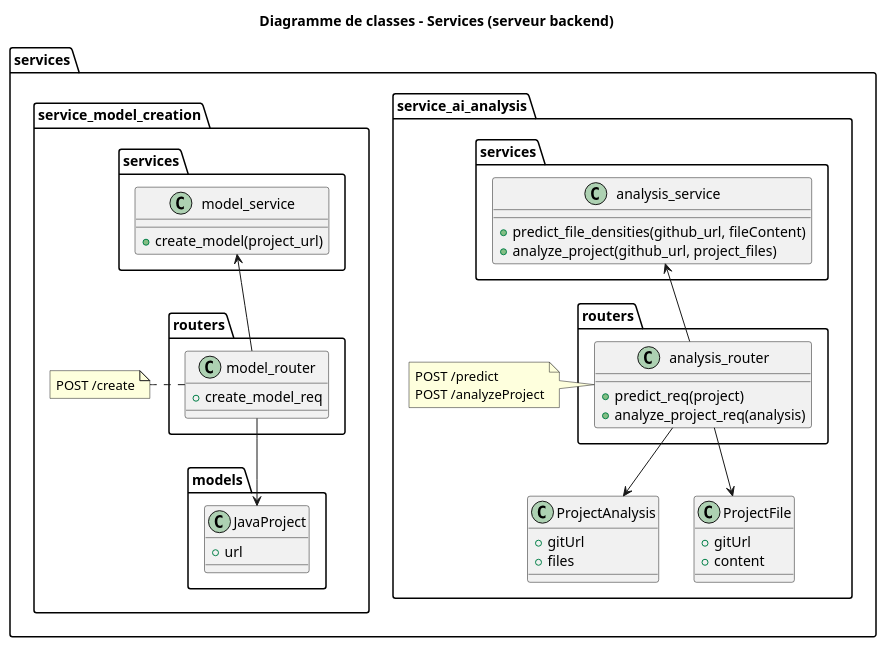
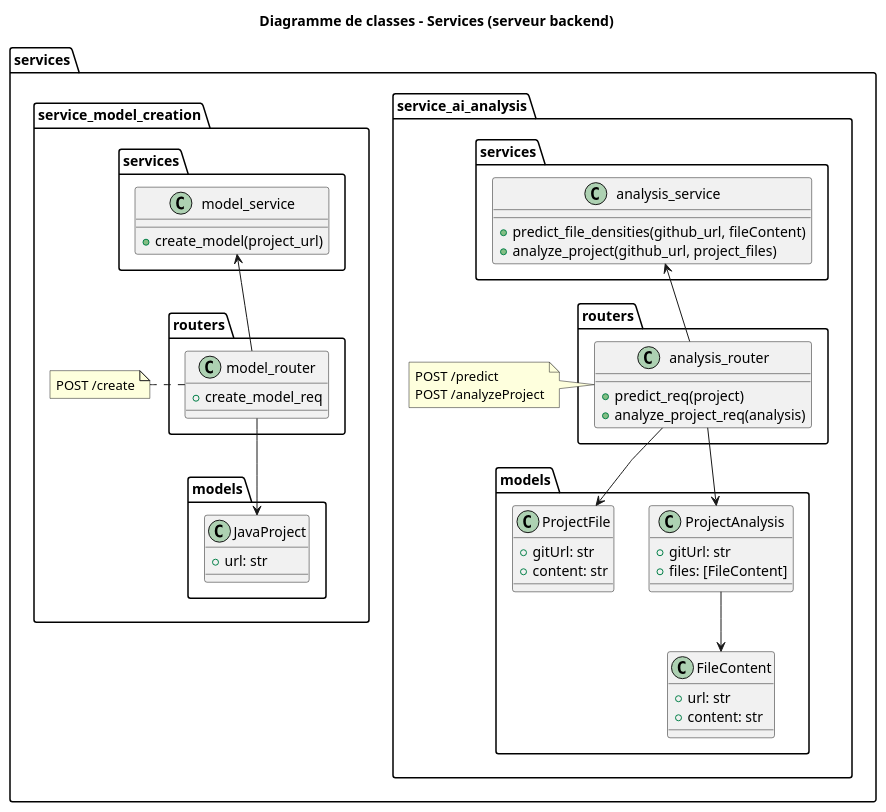
The diagram in artifacts/classes - services.puml (DaREf-MS/log-density-plugin), drawn with PlantUML before and after one commit. The commit also changed 1 other file, not shown here.

Commit message:
Added attribute types to classes diagrams

```diff
--- a/artifacts/classes - services.puml
+++ b/artifacts/classes - services.puml
@@ -1,70 +1,80 @@
 @startuml
 skinparam linetype polyline
 
 title Diagramme de classes - Services (serveur backend)
 
 package services {
     package service_ai_analysis {
-        class ProjectAnalysis {
-            +gitUrl
-            +files
-        }
 
-        class ProjectFile {
-            +gitUrl
-            +content
+        package models {
+            class ProjectAnalysis {
+                +gitUrl: str
+                +files: [FileContent]
+            }
+
+            class FileContent {
+                +url: str
+                +content: str
+            }
+
+            class ProjectFile {
+                +gitUrl: str
+                +content: str
+            }
+
+            ProjectAnalysis --> FileContent
         }
 
         package routers {
             class analysis_router {
                 +predict_req(project)
                 +analyze_project_req(analysis)
             }
         }
 
         note left of  analysis_router
             POST /predict
             POST /analyzeProject
         end note
 
         package services {
             class analysis_service {
                 +predict_file_densities(github_url, fileContent)
                 +analyze_project(github_url, project_files)
             }
         }
 
         analysis_router -d-> ProjectAnalysis
         analysis_router -d-> ProjectFile
         analysis_router -u-> analysis_service
     }
 
     package service_model_creation {
         package models {
             class JavaProject {
-                +url
+                +url: str
             }
         }
 
         package routers {
             class model_router {
                 +create_model_req
             }
         }
 
         note right of  model_router
             POST /create
         end note
 
         package services {
             class model_service {
                 +create_model(project_url)
             }
         }
 
         model_router --> JavaProject
         model_router -u-> model_service
     }
 }
 
 @enduml
```
